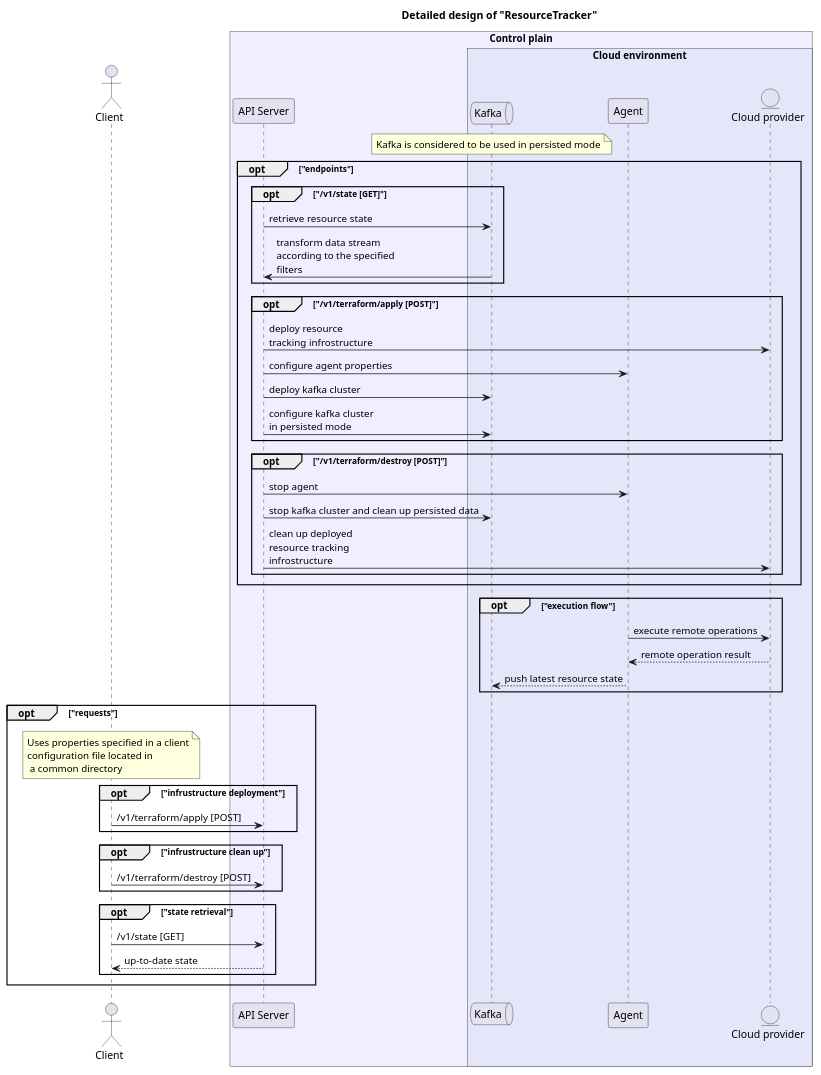
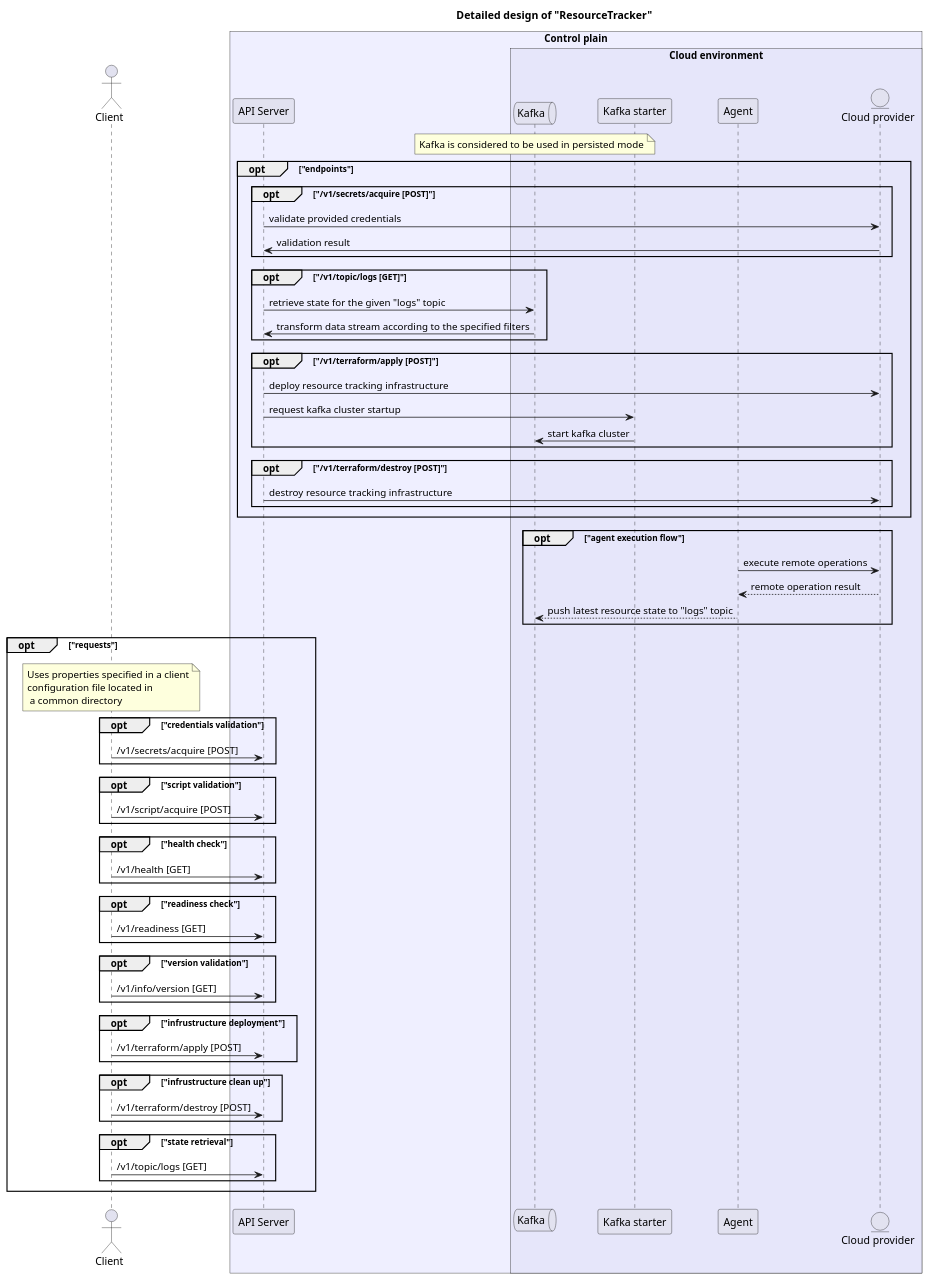
One commit to YarikRevich/ResourceTracker changed the diagram in docs/detailed-design-raw.md. Above: the diagram before and after it, drawn with PlantUML. The commit also changed 9 other files, not shown here.

````diff
--- a/docs/detailed-design-raw.md
+++ b/docs/detailed-design-raw.md
@@ -1,61 +1,76 @@
 ```plantuml
 !pragma teoz true
 
 title 
     Detailed design of "ResourceTracker" 
 end title
 
 actor "Client" as client
 
 box "Control plain" #MOTIVATION
 participant "API Server" as apiserver
 
 box "Cloud environment" #Lavender
 queue "Kafka" as kafka
+participant "Kafka starter" as kafkastarter
 participant "Agent" as agent
 entity "Cloud provider" as cloudprovider
 end box
 
 end box
 
 note over kafka: Kafka is considered to be used in persisted mode
 
 opt "endpoints"
-opt "/v1/state [GET]"
-apiserver -> kafka: retrieve resource state
-kafka -> apiserver: transform data stream\naccording to the specified\nfilters
+opt "/v1/secrets/acquire [POST]"
+apiserver -> cloudprovider: validate provided credentials
+cloudprovider -> apiserver: validation result
+end
+opt "/v1/topic/logs [GET]"
+apiserver -> kafka: retrieve state for the given "logs" topic
+kafka -> apiserver: transform data stream according to the specified filters
 end
 opt "/v1/terraform/apply [POST]"
-apiserver -> cloudprovider: deploy resource\ntracking infrostructure
-apiserver -> agent: configure agent properties
-apiserver -> kafka: deploy kafka cluster
-apiserver -> kafka: configure kafka cluster\nin persisted mode
+apiserver -> cloudprovider: deploy resource tracking infrastructure
+apiserver -> kafkastarter: request kafka cluster startup 
+kafkastarter -> kafka: start kafka cluster
 end
 opt "/v1/terraform/destroy [POST]"
-apiserver -> agent: stop agent
-apiserver -> kafka: stop kafka cluster and clean up persisted data
-apiserver -> cloudprovider: clean up deployed\nresource tracking\ninfrostructure
+apiserver -> cloudprovider: destroy resource tracking infrastructure
 end
 end
 
-opt "execution flow"
+opt "agent execution flow"
 agent -> cloudprovider: execute remote operations
 agent <-- cloudprovider: remote operation result
-agent --> kafka: push latest resource state
+agent --> kafka: push latest resource state to "logs" topic
 end
 
 opt "requests"
 note over client: Uses properties specified in a client\nconfiguration file located in\n a common directory
-
+opt "credentials validation"
+client -> apiserver: /v1/secrets/acquire [POST]
+end
+opt "script validation"
+client -> apiserver: /v1/script/acquire [POST]
+end
+opt "health check"
+client -> apiserver: /v1/health [GET]
+end
+opt "readiness check"
+client -> apiserver: /v1/readiness [GET]
+end
+opt "version validation"
+client -> apiserver: /v1/info/version [GET]
+end
 opt "infrustructure deployment"
 client -> apiserver: /v1/terraform/apply [POST]
 end
 opt "infrustructure clean up"
 client -> apiserver: /v1/terraform/destroy [POST]
 end
 opt "state retrieval"
-client -> apiserver: /v1/state [GET]
-client <-- apiserver: up-to-date state 
+client -> apiserver: /v1/topic/logs [GET]
 end 
 end
 ```
````
